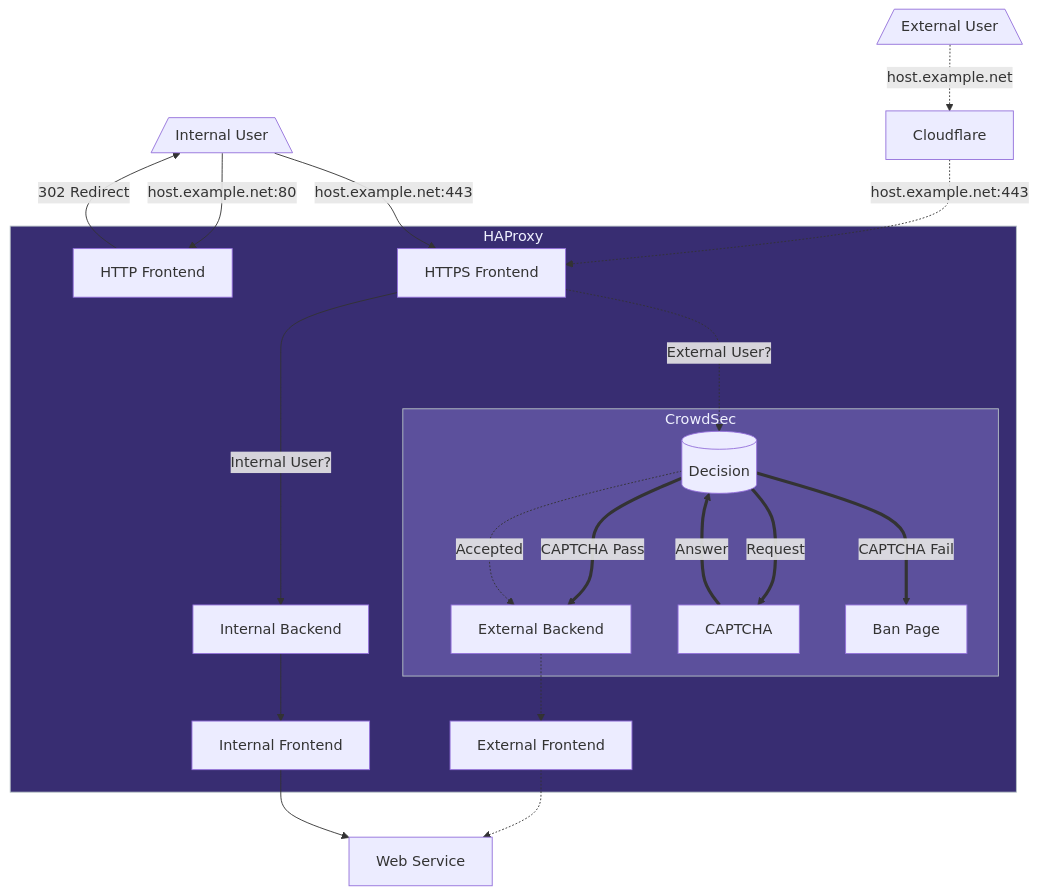
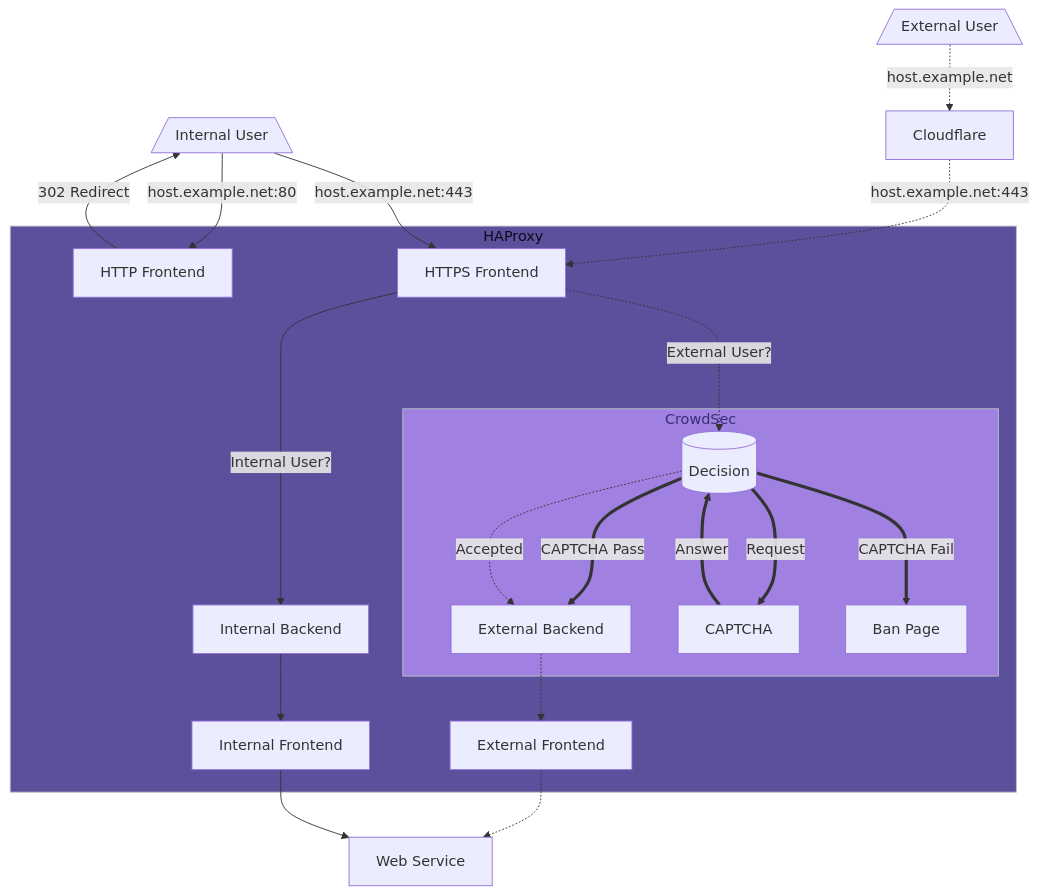
Before and after one commit to ciphermenial/ciphermenial.github.io: the diagram in _posts/2022-07-19-my-haproxy-config.md, drawn with Mermaid.

````diff
--- a/_posts/2022-07-19-my-haproxy-config.md
+++ b/_posts/2022-07-19-my-haproxy-config.md
@@ -29,43 +29,43 @@
 ```mermaid
 graph TD
   ExtUsr[/External User\]
   IntUsr[/Internal User\]
   Cloudflare
   HTTP[HTTP Frontend]
   HTTPS[HTTPS Frontend]
   IntBackend[Internal Backend]
   IntFrontend[Internal Frontend]
   ExtBackend[External Backend]
   ExtFrontend[External Frontend]
   CS_Decision[(Decision)]
   CS_CAPTCHA[CAPTCHA]
   CS_Ban[Ban Page]
   Server[Web Service]
 
   ExtUsr -."host.example.net".-> Cloudflare
   Cloudflare -."host.example.net:443".-> HTTPS
   IntUsr --"host.example.net:443"--> HTTPS
   IntUsr --"host.example.net:80"--> HTTP
   HTTP --"302 Redirect"--> IntUsr
 
   subgraph HAProxy
-  style HAProxy color:#f0f2ff,fill:#382d72,stroke:#b7c2c6
+  style HAProxy color:#0d0a19,fill:#5c509c,stroke:#b7c2c6
     HTTP
     HTTPS --"Internal User?"--> IntBackend
     ExtBackend -.-> ExtFrontend
     IntBackend --> IntFrontend
     HTTPS -."External User?"..-> CS_Decision
 
     subgraph CrowdSec
-    style CrowdSec color:#f0f2ff,fill:#5c509c,stroke:#b7c2c6
+    style CrowdSec color:#382d72,fill:#a080e1,stroke:#b7c2c6
       CS_Decision =="Request"===> CS_CAPTCHA
       CS_Decision =="CAPTCHA Fail"===> CS_Ban
       CS_CAPTCHA =="Answer"===> CS_Decision
       CS_Decision =="CAPTCHA Pass"===> ExtBackend
       CS_Decision -."Accepted".-> ExtBackend
     end
   end
 
  ExtFrontend -.-> Server
  IntFrontend --> Server
 ```
````
